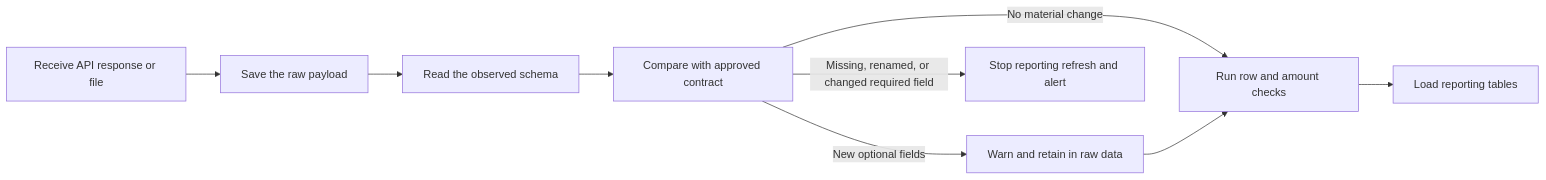
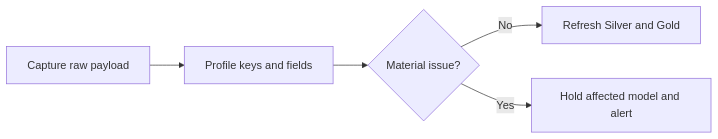
Before and after one commit to rubenatello/luminize-assessment: the diagram in docs/schema_drift_replay_and_validation.md, drawn with Mermaid. The commit also changed other lines of this file and 2 other files, not shown here.

````diff
--- a/docs/schema_drift_replay_and_validation.md
+++ b/docs/schema_drift_replay_and_validation.md
@@ -20,11 +45,7 @@
 ```mermaid
 flowchart LR
-    A[Receive API response or file] --> B[Save the raw payload]
-    B --> C[Read the observed schema]
-    C --> D[Compare with approved contract]
-    D -->|No material change| V[Run row and amount checks]
-    D -->|New optional fields| W[Warn and retain in raw data]
-    D -->|Missing, renamed, or changed required field| F[Stop reporting refresh and alert]
-    W --> V
-    V --> P[Load reporting tables]
+    A["Capture raw payload"] --> B["Profile keys and fields"]
+    B --> C{"Material issue?"}
+    C -->|No| D["Refresh Silver and Gold"]
+    C -->|Yes| E["Hold affected model and alert"]
 ```
````
